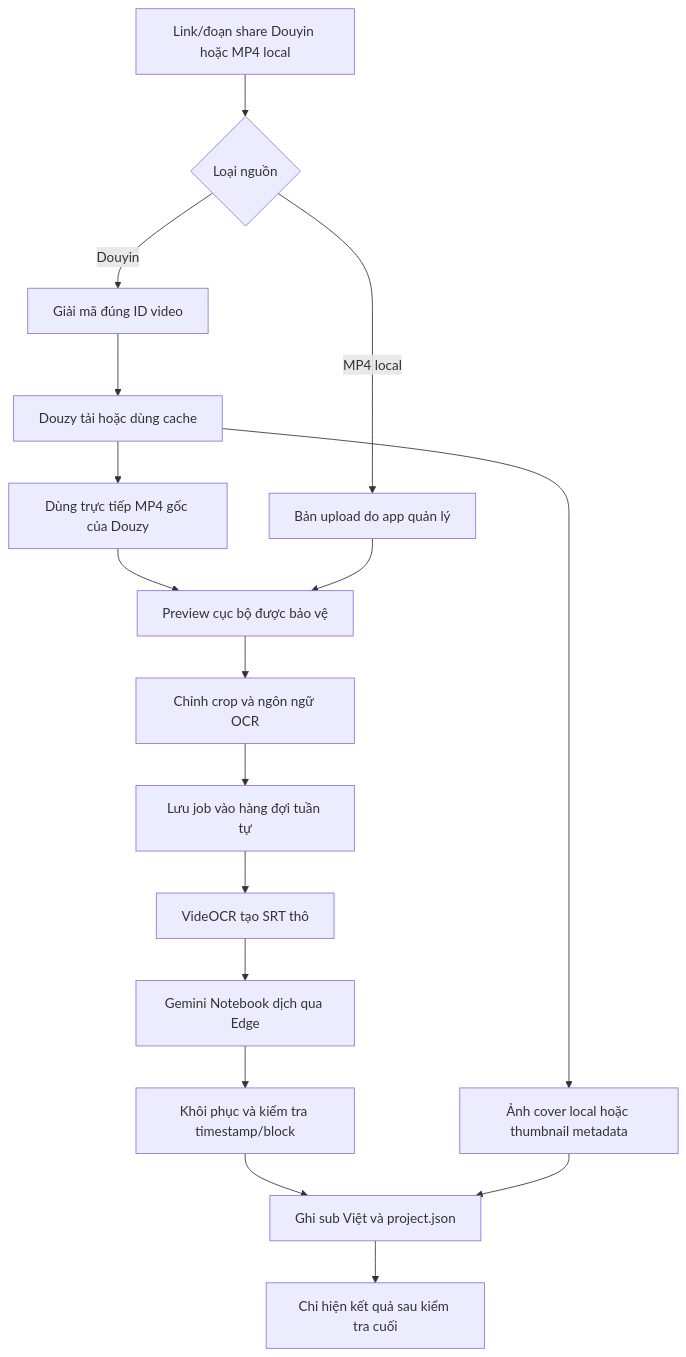
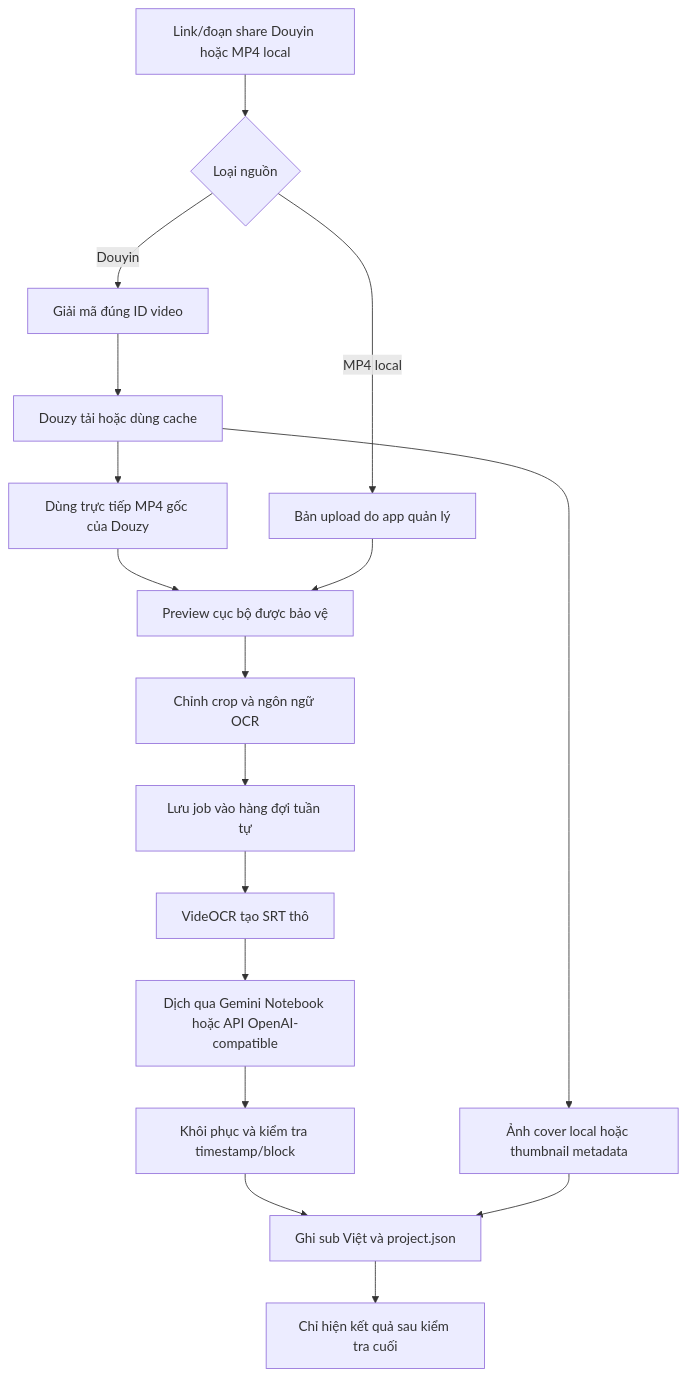
The second of 2 diagrams in README.md (qvinh8726/VietSub-Studio), drawn with Mermaid before and after one commit. The commit also changed other lines of this file and 19 other files, not shown here.

````diff
--- a/README.md
+++ b/README.md
@@ -901,19 +962,19 @@
 ```mermaid
 flowchart TD
     A[Link/đoạn share Douyin hoặc MP4 local] --> B{Loại nguồn}
     B -->|Douyin| C[Giải mã đúng ID video]
     C --> D[Douzy tải hoặc dùng cache]
     D --> E[Dùng trực tiếp MP4 gốc của Douzy]
     D --> T[Ảnh cover local hoặc thumbnail metadata]
     B -->|MP4 local| F[Bản upload do app quản lý]
     E --> G[Preview cục bộ được bảo vệ]
     F --> G
     G --> H[Chỉnh crop và ngôn ngữ OCR]
     H --> I[Lưu job vào hàng đợi tuần tự]
     I --> J[VideOCR tạo SRT thô]
-    J --> K[Gemini Notebook dịch qua Edge]
+    J --> K[Dịch qua Gemini Notebook hoặc API OpenAI-compatible]
     K --> L[Khôi phục và kiểm tra timestamp/block]
     L --> M[Ghi sub Việt và project.json]
     T --> M
     M --> N[Chỉ hiện kết quả sau kiểm tra cuối]
 ```
````
